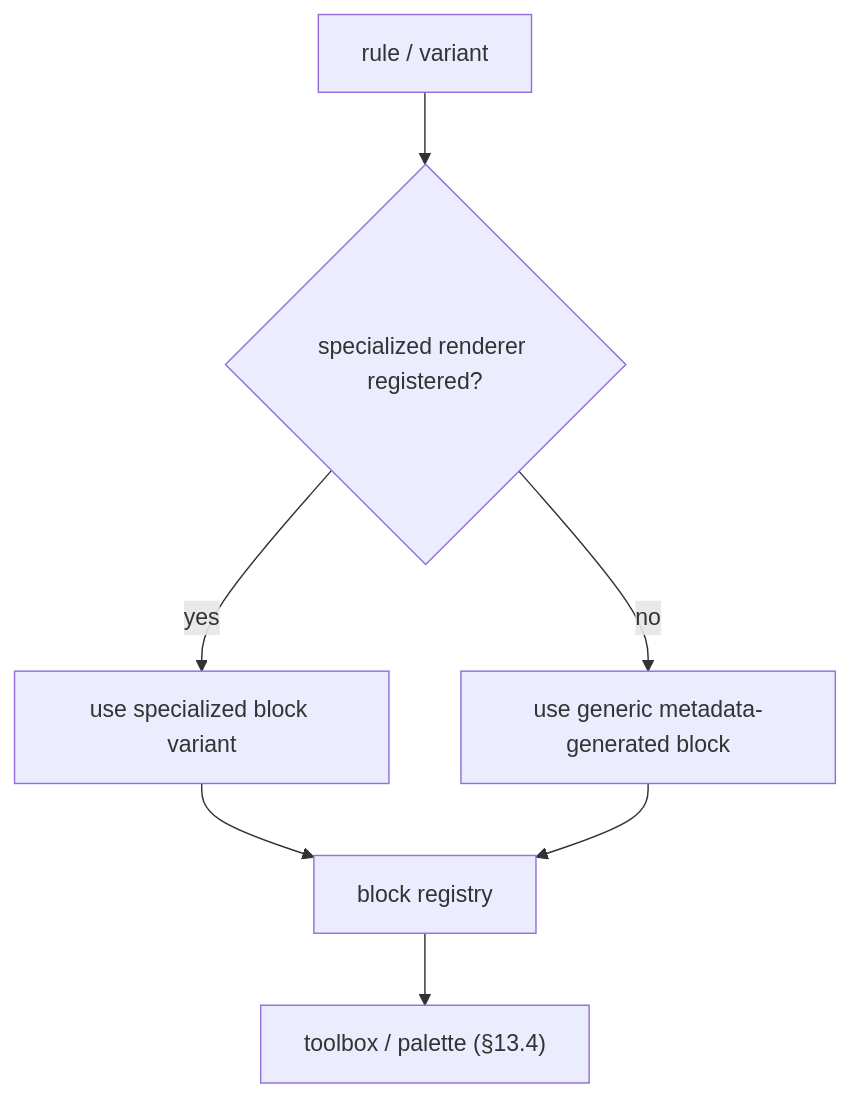
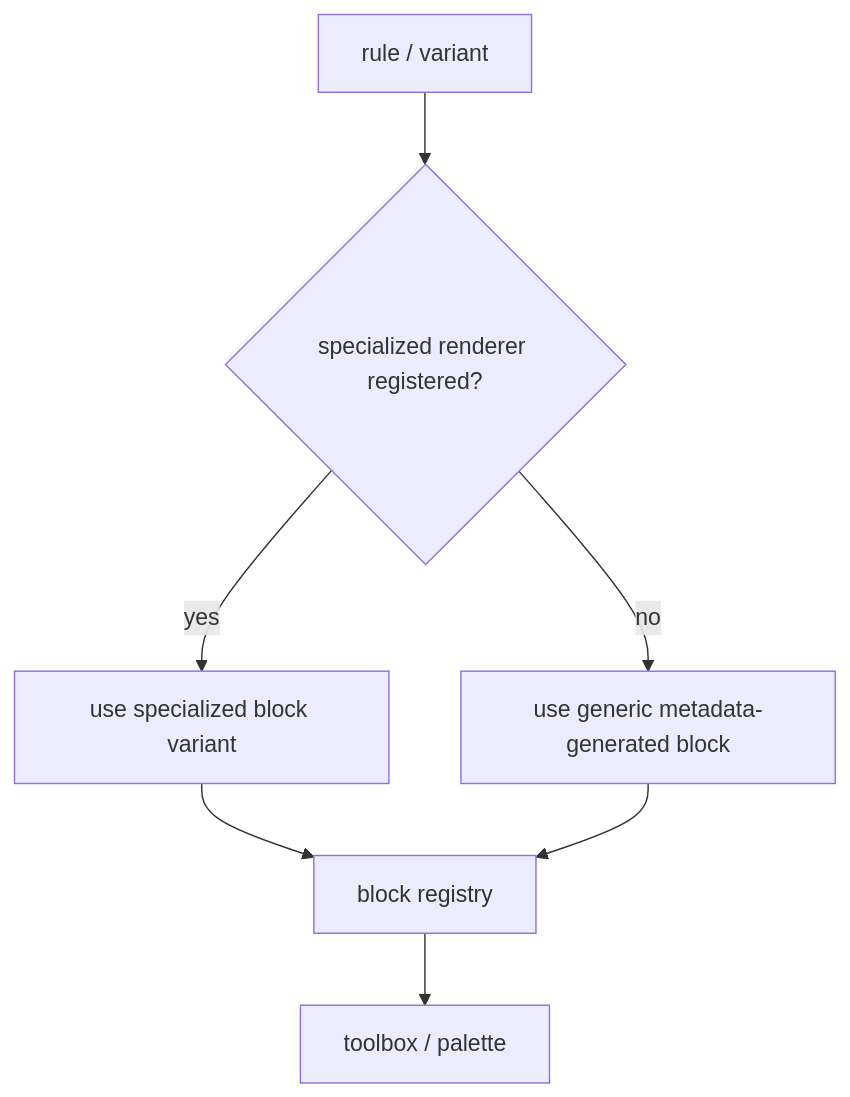
The sixth of 9 diagrams in docs/ARCHITECTURE.md (transon-org/transon-blockly), drawn with Mermaid before and after one commit. The commit also changed other lines of this file and 4 other files, not shown here.

````diff
--- a/docs/ARCHITECTURE.md
+++ b/docs/ARCHITECTURE.md
@@ -331,9 +393,9 @@
 ```mermaid
 flowchart TD
     R["rule / variant"] --> Q{specialized renderer registered?}
     Q -->|yes| SP["use specialized block variant"]
     Q -->|no| G["use generic metadata-generated block"]
     SP --> REG["block registry"]
     G --> REG
-    REG --> TB["toolbox / palette (§13.4)"]
+    REG --> TB["toolbox / palette"]
 ```
````
